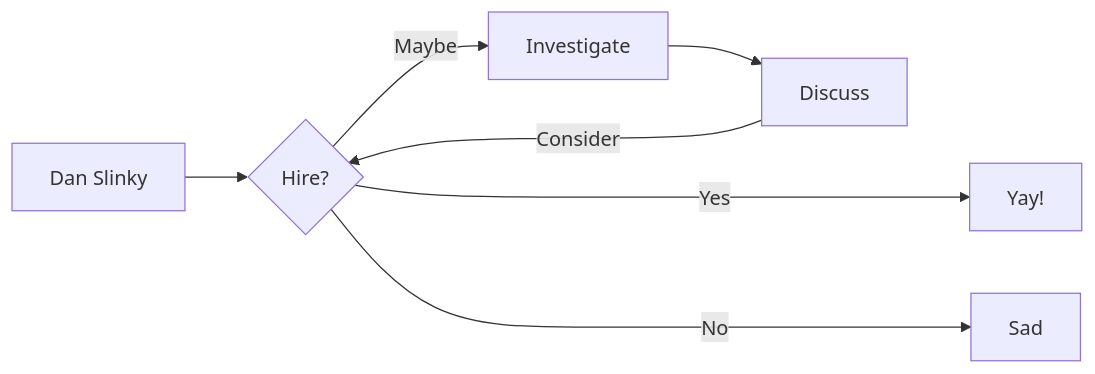
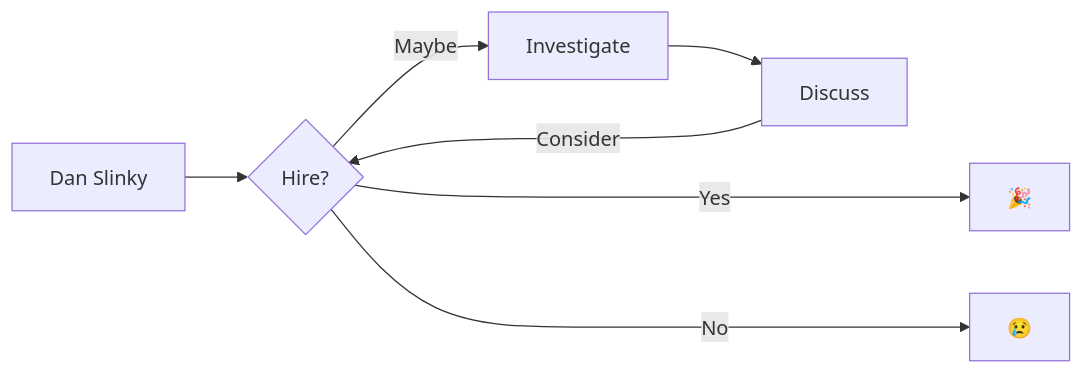
The diagram in docs/resumes/index.md (danslinky/danslinky.co.uk), drawn with Mermaid before and after one commit. The commit also changed other lines of this file and 7 other files, not shown here.

````diff
--- a/docs/resumes/index.md
+++ b/docs/resumes/index.md
@@ -5,9 +7,9 @@
 ```mermaid
 graph LR
   A[Dan Slinky] --> B{Hire?};
   B -->|Maybe| C[Investigate];
   C --> D[Discuss];
   D -->|Consider| B;
-  B ---->|Yes| E[Yay!];
-  B ---->|No| F[Sad];
+  B ---->|Yes| E[🎉];
+  B ---->|No| F[😢];
 ```
````
